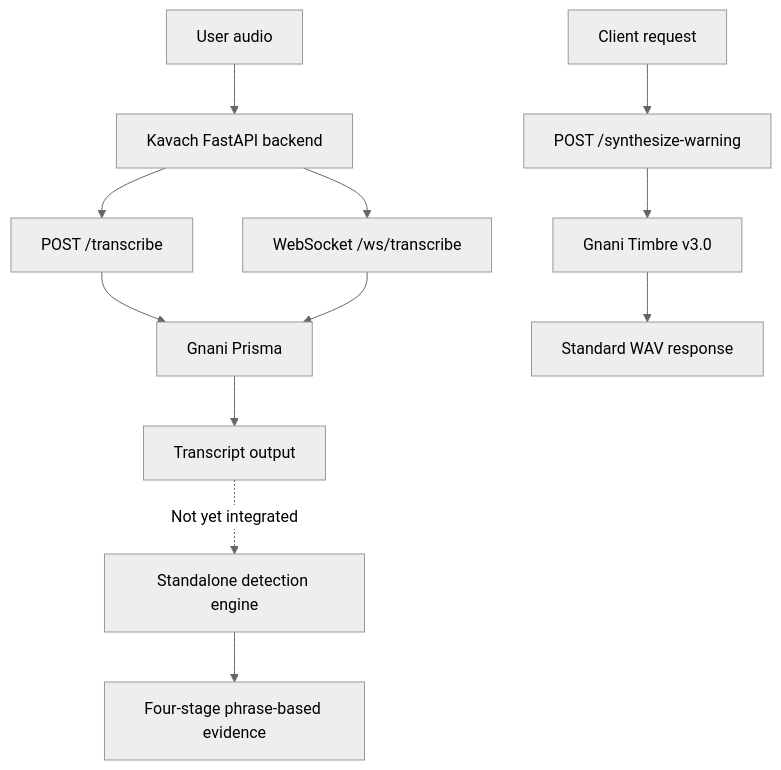
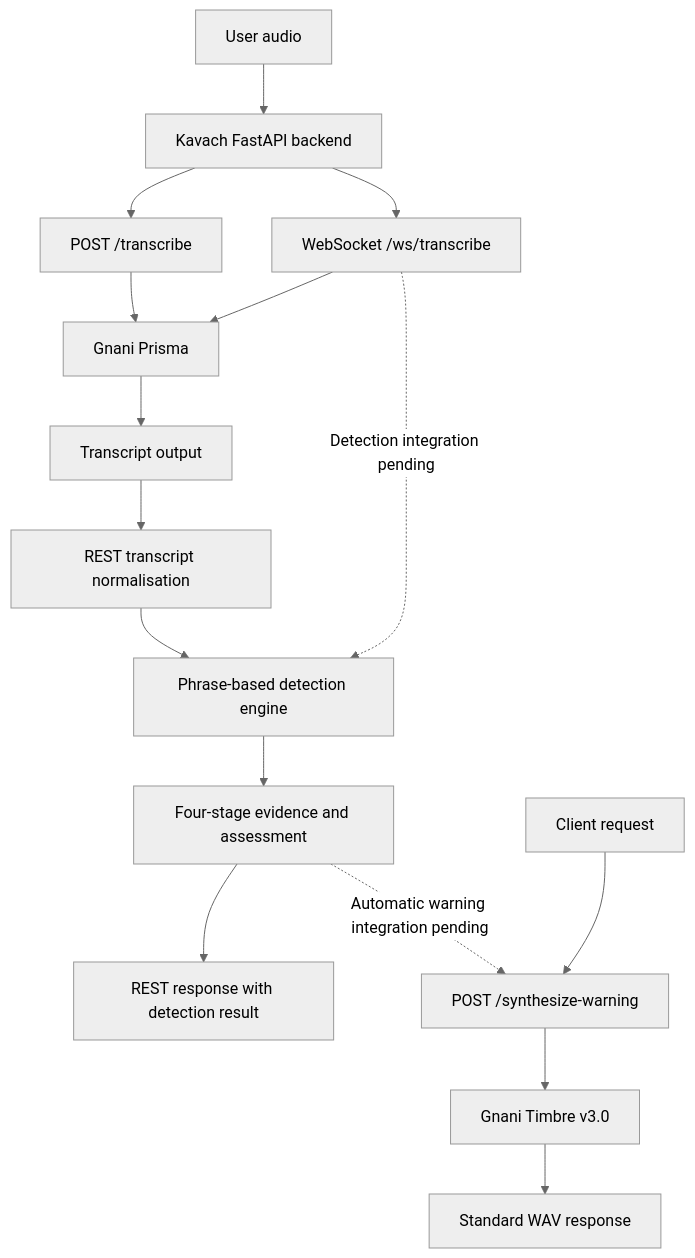
The diagram in ARCHITECTURE.md (SURAJ-PRATAP07/Kavach_), drawn with Mermaid (neutral theme) before and after one commit. The commit also changed other lines of this file and 5 other files, not shown here.

Commit message:
feat: integrate scam detection with REST transcription

````diff
--- a/ARCHITECTURE.md
+++ b/ARCHITECTURE.md
@@ -34,19 +34,25 @@
 ```mermaid
 flowchart TD
     A[User audio] --> B[Kavach FastAPI backend]
 
     B --> C[POST /transcribe]
     B --> D[WebSocket /ws/transcribe]
 
     C --> E[Gnani Prisma]
     D --> E
+
     E --> F[Transcript output]
 
-    F -. Not yet integrated .-> G[Standalone detection engine]
+    F --> G[REST transcript normalisation]
+    G --> H[Phrase-based detection engine]
+    H --> I[Four-stage evidence and assessment]
+    I --> J[REST response with detection result]
 
-    G --> H[Four-stage phrase-based evidence]
+    D -. Detection integration pending .-> H
 
-    I[Client request] --> J[POST /synthesize-warning]
-    J --> K[Gnani Timbre v3.0]
-    K --> L[Standard WAV response]
+    K[Client request] --> L[POST /synthesize-warning]
+    L --> M[Gnani Timbre v3.0]
+    M --> N[Standard WAV response]
+
+    I -. Automatic warning integration pending .-> L
 ```
````
